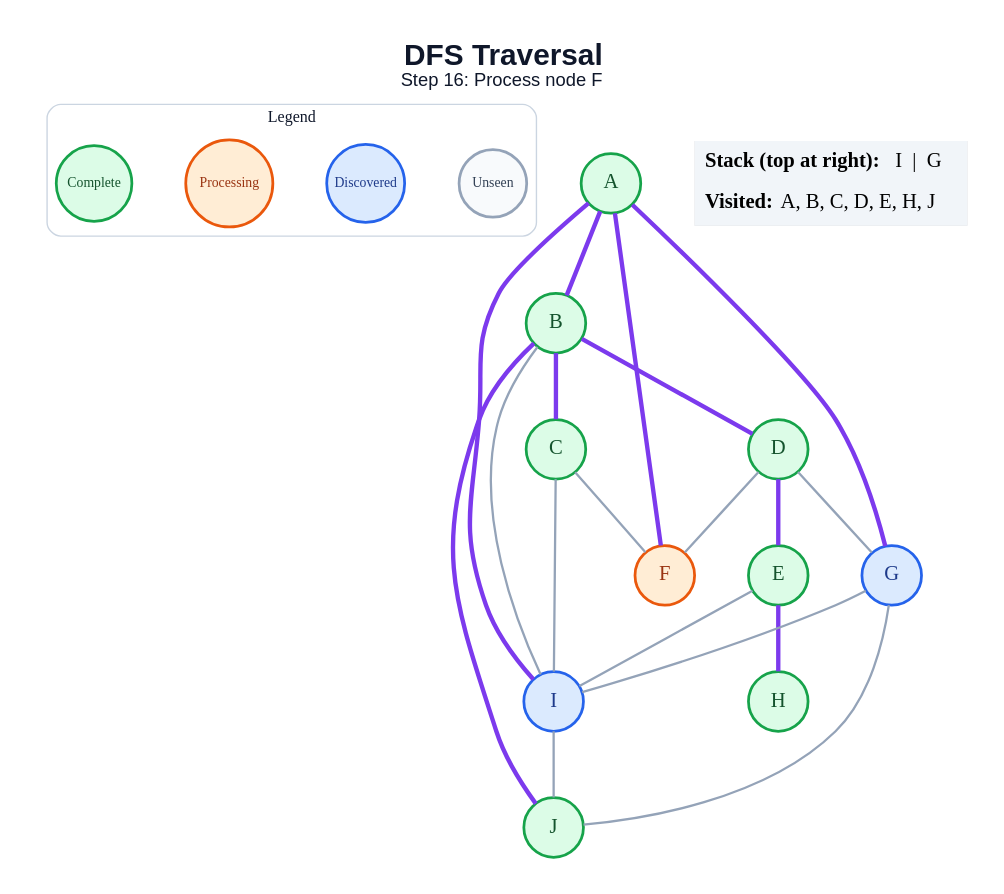
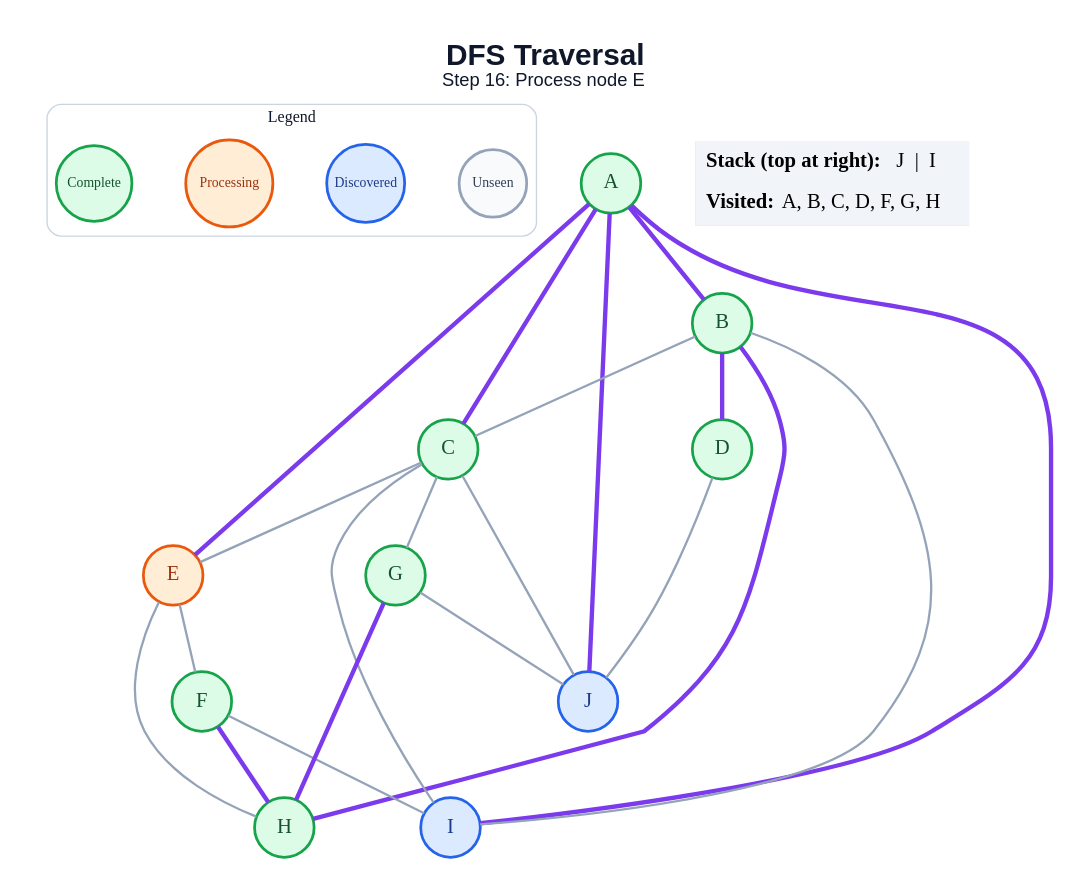
The diagram in generated/dfs/step_16.dot (anon7238593-create/ai-slop), drawn with Graphviz before and after one commit. The commit also changed 178 other files, not shown here.

```diff
--- a/generated/dfs/step_16.dot
+++ b/generated/dfs/step_16.dot
@@ -1,47 +1,49 @@
 graph traversal {
   graph [layout=dot, rankdir=TB, bgcolor="#FFFFFF", pad="0.35", nodesep="0.65", ranksep="0.8", fontname="Arial"];
   node [shape=circle, style="filled", fontname="Arial Bold", fontsize=18, width=0.72, fixedsize=true, penwidth=2.4];
   edge [color="#94A3B8", penwidth=2.0];
-  label=<<B>DFS Traversal</B><BR/><FONT POINT-SIZE="16">Step 16: Process node F</FONT>>; labelloc="t"; fontsize=26; fontname="Arial"; fontcolor="#0F172A";
+  label=<<B>DFS Traversal</B><BR/><FONT POINT-SIZE="16">Step 16: Process node E</FONT>>; labelloc="t"; fontsize=26; fontname="Arial"; fontcolor="#0F172A";
   subgraph cluster_legend { label="Legend"; color="#CBD5E1"; penwidth=1.2; style="rounded"; fontsize=14; fontname="Arial Bold";
     key_unseen [label="Unseen", fillcolor="#F8FAFC", color="#94A3B8", fontcolor="#334155", fontsize=12, width=0.82];
     key_frontier [label="Discovered", fillcolor="#DBEAFE", color="#2563EB", fontcolor="#1E3A8A", fontsize=12, width=0.95];
     key_current [label="Processing", fillcolor="#FFEDD5", color="#EA580C", fontcolor="#9A3412", fontsize=12, width=1.05];
     key_done [label="Complete", fillcolor="#DCFCE7", color="#16A34A", fontcolor="#14532D", fontsize=12, width=0.92];
     { rank=same; key_unseen; key_frontier; key_current; key_done; }
   }
   A [fillcolor="#DCFCE7", color="#16A34A", fontcolor="#14532D"];
   B [fillcolor="#DCFCE7", color="#16A34A", fontcolor="#14532D"];
   C [fillcolor="#DCFCE7", color="#16A34A", fontcolor="#14532D"];
   D [fillcolor="#DCFCE7", color="#16A34A", fontcolor="#14532D"];
-  E [fillcolor="#DCFCE7", color="#16A34A", fontcolor="#14532D"];
-  F [fillcolor="#FFEDD5", color="#EA580C", fontcolor="#9A3412"];
-  G [fillcolor="#DBEAFE", color="#2563EB", fontcolor="#1E3A8A"];
+  E [fillcolor="#FFEDD5", color="#EA580C", fontcolor="#9A3412"];
+  F [fillcolor="#DCFCE7", color="#16A34A", fontcolor="#14532D"];
+  G [fillcolor="#DCFCE7", color="#16A34A", fontcolor="#14532D"];
   H [fillcolor="#DCFCE7", color="#16A34A", fontcolor="#14532D"];
   I [fillcolor="#DBEAFE", color="#2563EB", fontcolor="#1E3A8A"];
-  J [fillcolor="#DCFCE7", color="#16A34A", fontcolor="#14532D"];
+  J [fillcolor="#DBEAFE", color="#2563EB", fontcolor="#1E3A8A"];
   A -- B [color="#7C3AED", penwidth=3.8];
-  A -- F [color="#7C3AED", penwidth=3.8];
-  A -- G [color="#7C3AED", penwidth=3.8];
+  A -- C [color="#7C3AED", penwidth=3.8];
+  A -- E [color="#7C3AED", penwidth=3.8];
   A -- I [color="#7C3AED", penwidth=3.8];
-  B -- C [color="#7C3AED", penwidth=3.8];
+  A -- J [color="#7C3AED", penwidth=3.8];
+  B -- C;
   B -- D [color="#7C3AED", penwidth=3.8];
+  B -- H [color="#7C3AED", penwidth=3.8];
   B -- I;
-  B -- J [color="#7C3AED", penwidth=3.8];
-  C -- F;
+  C -- E;
+  C -- G;
   C -- I;
-  D -- E [color="#7C3AED", penwidth=3.8];
-  D -- F;
-  D -- G;
-  E -- H [color="#7C3AED", penwidth=3.8];
-  E -- I;
-  G -- I;
+  C -- J;
+  D -- J;
+  E -- F;
+  E -- H;
+  F -- H [color="#7C3AED", penwidth=3.8];
+  F -- I;
+  G -- H [color="#7C3AED", penwidth=3.8];
   G -- J;
-  I -- J;
   status [shape=plain, fixedsize=false, width=0, height=0, margin=0, label=<
     <TABLE BORDER="0" CELLBORDER="0" CELLPADDING="7" BGCOLOR="#F1F5F9">
-      <TR><TD ALIGN="LEFT"><B>Stack (top at right):</B> I  |  G</TD></TR>
-      <TR><TD ALIGN="LEFT"><B>Visited:</B> A, B, C, D, E, H, J</TD></TR>
+      <TR><TD ALIGN="LEFT"><B>Stack (top at right):</B> J  |  I</TD></TR>
+      <TR><TD ALIGN="LEFT"><B>Visited:</B> A, B, C, D, F, G, H</TD></TR>
     </TABLE>
   >];
 }
```
